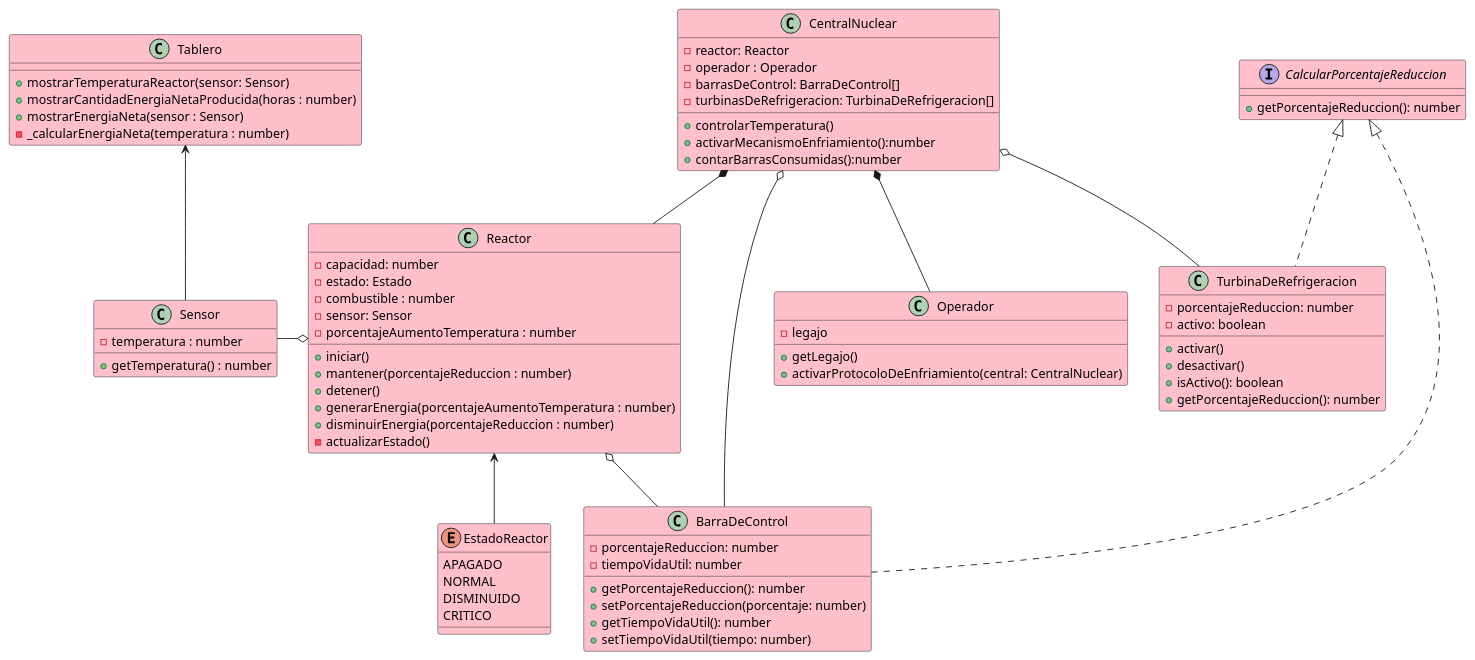
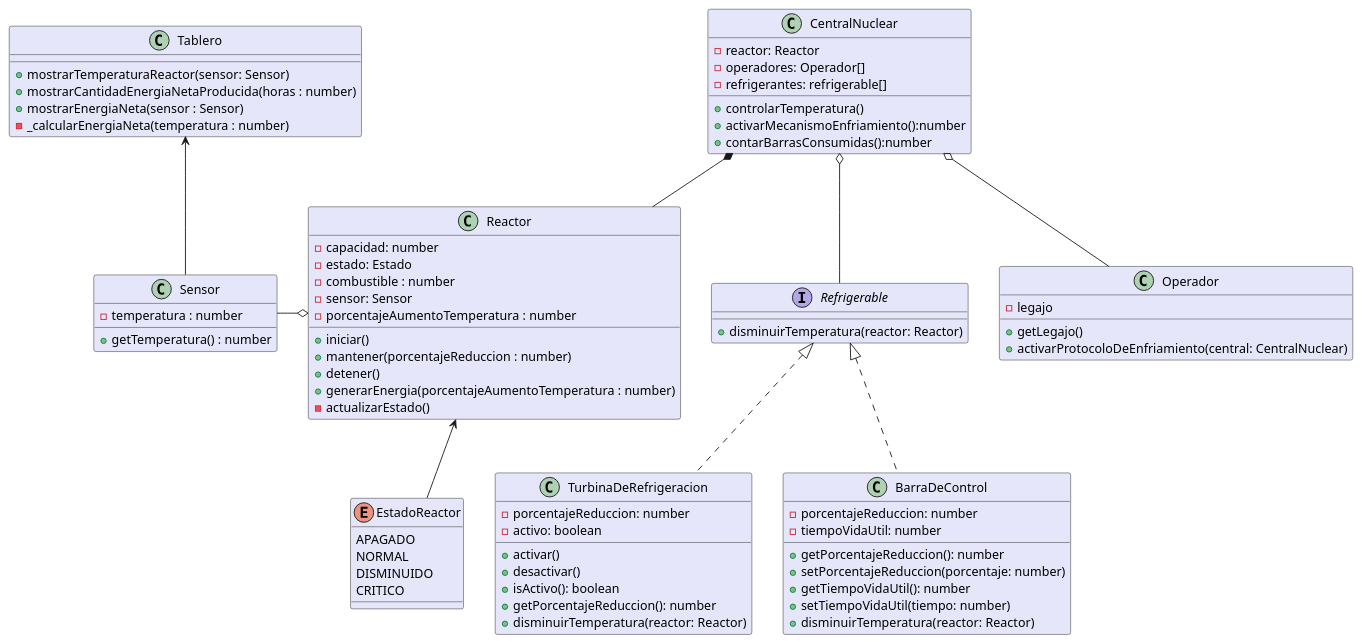
The diagram in diagramas/DiagramaDeClases.puml (fedef1982/Trabajo-Practico-Laboratorio3-2024-Reactor-Nuclear), drawn with PlantUML before and after one commit.

Commit message:
actualizo diagrama de clase con interface Refrigerable

```diff
--- a/diagramas/DiagramaDeClases.puml
+++ b/diagramas/DiagramaDeClases.puml
@@ -1,91 +1,91 @@
 @startuml Diagrama de Clases
-skinparam ClassBackgroundColor pink
+skinparam ClassBackgroundColor lavender
 
 'RELACIONES--------------------
 CentralNuclear *-- Reactor
-CentralNuclear *-- Operador
 Reactor o-l- Sensor
 Reactor <-- EstadoReactor
 Reactor -r[HIDDEN]- TurbinaDeRefrigeracion
-Reactor o-- BarraDeControl
+'Reactor o-- BarraDeControl
 Tablero <-- Sensor
-CentralNuclear o-- BarraDeControl
-CentralNuclear o-- TurbinaDeRefrigeracion
+CentralNuclear o-- Refrigerable
 
+CentralNuclear o-- Operador
 
 '-------------------------------
 
 
 class CentralNuclear {
     -reactor: Reactor
-    - operador : Operador
-    -barrasDeControl: BarraDeControl[]
-    -turbinasDeRefrigeracion: TurbinaDeRefrigeracion[]
+    -operadores: Operador[]
+    -refrigerantes: refrigerable[]
     +controlarTemperatura()
     +activarMecanismoEnfriamiento():number
     +contarBarrasConsumidas():number
 }
 
 class Reactor {
     - capacidad: number
     - estado: Estado
     - combustible : number
     - sensor: Sensor
     - porcentajeAumentoTemperatura : number
 
     + iniciar()
     + mantener(porcentajeReduccion : number)
     + detener()
     + generarEnergia(porcentajeAumentoTemperatura : number)
-    + disminuirEnergia(porcentajeReduccion : number)
     - actualizarEstado()
 }
 
 class Sensor {
     - temperatura : number
     + getTemperatura() : number
 }
 
-interface CalcularPorcentajeReduccion{
-    + getPorcentajeReduccion(): number
+
+interface Refrigerable{
+    + disminuirTemperatura(reactor: Reactor)
 }
 
-class BarraDeControl implements CalcularPorcentajeReduccion {
+class BarraDeControl implements Refrigerable {
     - porcentajeReduccion: number
     - tiempoVidaUtil: number
     + getPorcentajeReduccion(): number
     + setPorcentajeReduccion(porcentaje: number)
     + getTiempoVidaUtil(): number
     + setTiempoVidaUtil(tiempo: number)
+    + disminuirTemperatura(reactor: Reactor)
 }
 
-class TurbinaDeRefrigeracion implements CalcularPorcentajeReduccion{
+class TurbinaDeRefrigeracion implements Refrigerable{
     - porcentajeReduccion: number
     - activo: boolean
     + activar()
     + desactivar()
     + isActivo(): boolean
     + getPorcentajeReduccion(): number
+    + disminuirTemperatura(reactor: Reactor)
 }
 
 enum EstadoReactor{
     APAGADO
     NORMAL
     DISMINUIDO
     CRITICO
 }
 
 class Tablero{
     + mostrarTemperaturaReactor(sensor: Sensor)
     + mostrarCantidadEnergiaNetaProducida(horas : number)
     + mostrarEnergiaNeta(sensor : Sensor)
     - _calcularEnergiaNeta(temperatura : number)
 }
 
 class Operador{
     - legajo
     + getLegajo()
     + activarProtocoloDeEnfriamiento(central: CentralNuclear)
 }
 
 @enduml
```
